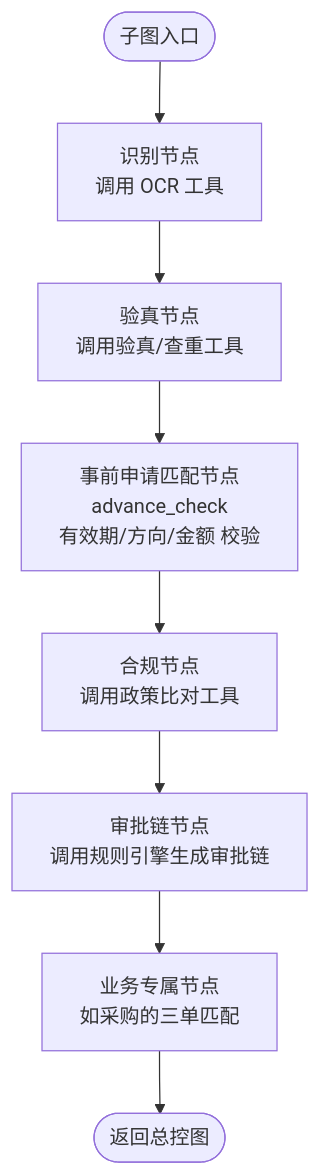
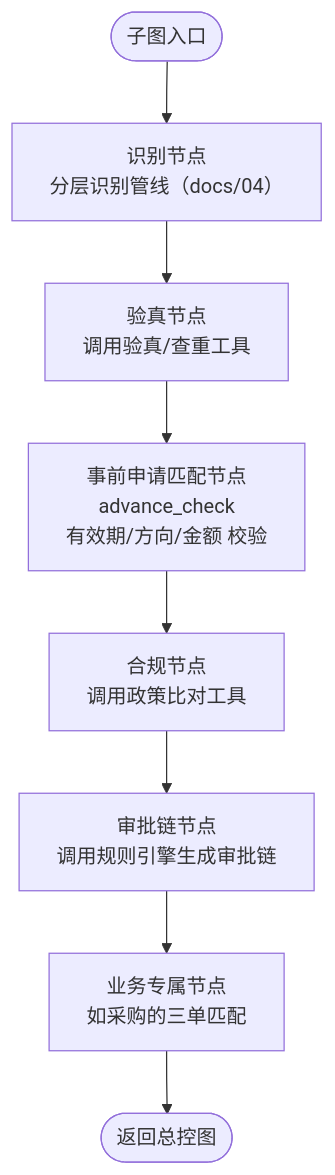
One commit to LDFei/FlowInvoice changed the third of 4 diagrams in docs/01-项目整体架构.md. Above: the diagram before and after it, drawn with Mermaid. The commit also changed other lines of this file and 81 other files, not shown here.

````diff
--- a/docs/01-项目整体架构.md
+++ b/docs/01-项目整体架构.md
@@ -164,10 +167,10 @@
 ```mermaid
 flowchart TD
-    S([子图入口]) --> OCR[识别节点<br/>调用 OCR 工具]
+    S([子图入口]) --> OCR[识别节点<br/>分层识别管线（docs/04）]
     OCR --> VER[验真节点<br/>调用验真/查重工具]
     VER --> ADV[事前申请匹配节点<br/>advance_check<br/>有效期/方向/金额 校验]
     ADV --> COM[合规节点<br/>调用政策比对工具]
     COM --> ROUTE[审批链节点<br/>调用规则引擎生成审批链]
     ROUTE --> SPECIAL[业务专属节点<br/>如采购的三单匹配]
     SPECIAL --> E([返回总控图])
 ```
````
